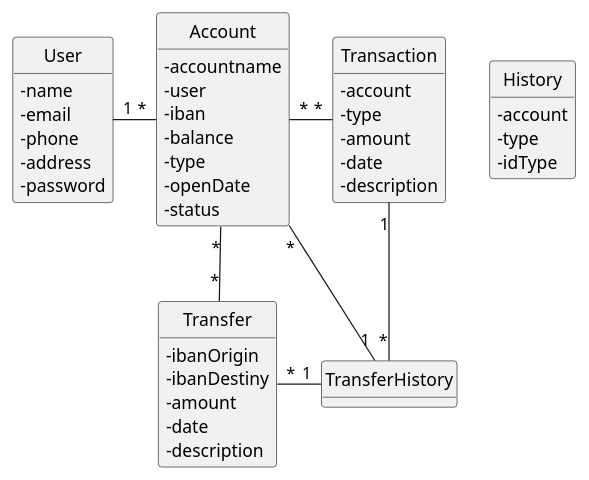
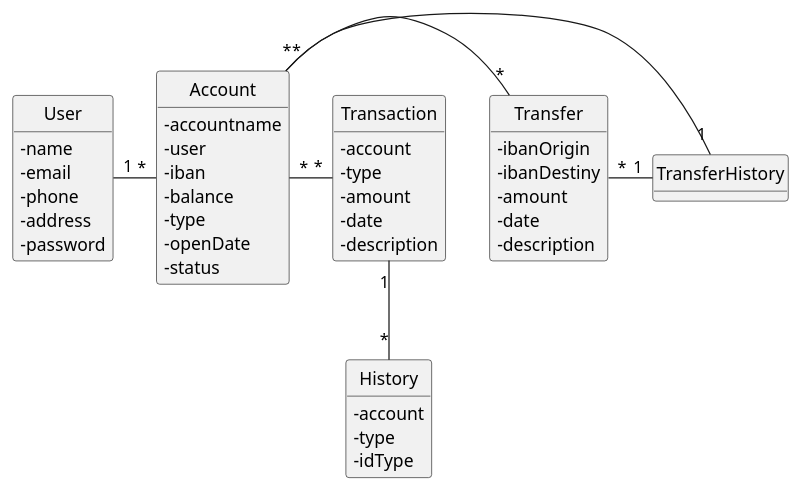
Before and after one commit to mpoboas/natwise: the diagram in docs/DomainModel.puml, drawn with PlantUML.

Commit message:
Update Domain Model

```diff
--- a/docs/DomainModel.puml
+++ b/docs/DomainModel.puml
@@ -1,54 +1,54 @@
 @startuml DomainModel
 'https://plantuml.com/class-diagram
 skinparam classAttributeIconSize 0
 hide circle
 hide methods
 
 class User {
     - name
     - email 
     - phone
     - address
     - password
 }
 
 class Account {
     - accountname
     - user
     - iban
     - balance
     - type
     - openDate
     - status
 }
 
 class Transfer {
     - ibanOrigin
     - ibanDestiny
     - amount
     - date
     - description
 }
 
 class Transaction {
     - account
     - type
     - amount
     - date
     - description
 }
 
 class History {
     - account
     - type
     - idType
 }
 
 User "1"-"*" Account
 Account "*"-"*" Transfer
 Account "*"-"1" TransferHistory
 Transfer "*"-"1" TransferHistory
 Account "*"-"*" Transaction
-Transaction "1"-d-"*" TransferHistory
+Transaction "1"-d-"*" History
 
 @enduml
```
